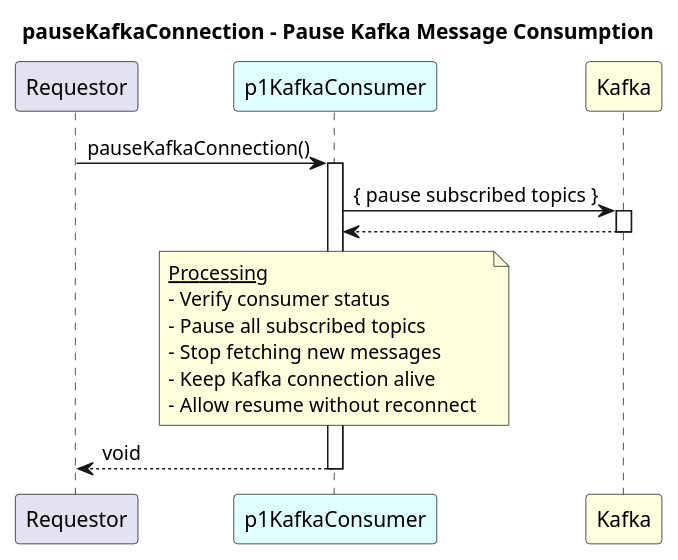
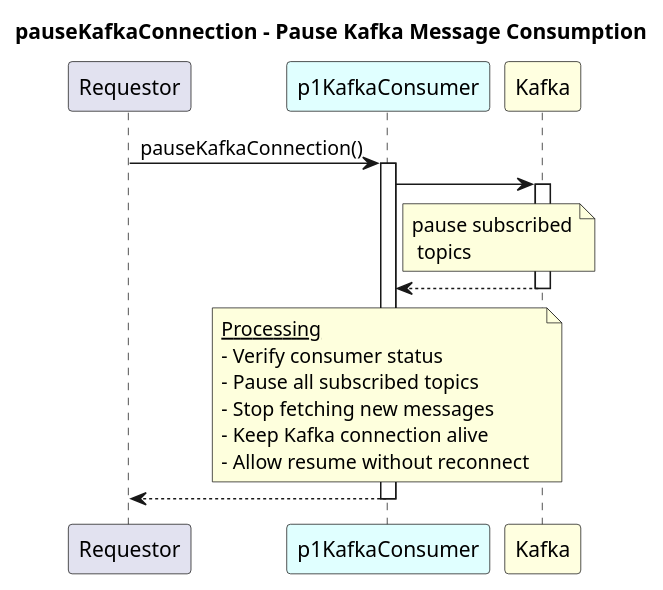
Before and after one commit to openBackhaul/ApplicationPattern: the diagram in spec/genericFunctions/applicationPattern/KafkaConsumerService/diagrams/pauseKafkaConnection.plantuml, drawn with PlantUML. The commit also changed 17 other files, not shown here.

Commit message:
minor updates in diagrams

```diff
--- a/spec/genericFunctions/applicationPattern/KafkaConsumerService/diagrams/pauseKafkaConnection.plantuml
+++ b/spec/genericFunctions/applicationPattern/KafkaConsumerService/diagrams/pauseKafkaConnection.plantuml
@@ -1,33 +1,38 @@
 @startuml pauseKafkaConnection
 skinparam responseMessageBelowArrow true
 
 title
 pauseKafkaConnection – Pause Kafka Message Consumption
 end title
 
 participant "Requestor" as requestor
 participant "p1KafkaConsumer" as pause #LightCyan
 participant "Kafka" as kafka #LightYellow
 
 requestor -> pause: pauseKafkaConnection()
 activate pause
 
-pause -> kafka:{ pause subscribed topics }
+pause -> kafka
 activate kafka
+
+note right of pause
+pause subscribed
+ topics
+end note
 
 kafka --> pause: 
 deactivate kafka
 
 note over pause
   <u>Processing</u>
   - Verify consumer status  
   - Pause all subscribed topics  
   - Stop fetching new messages  
   - Keep Kafka connection alive  
   - Allow resume without reconnect  
 end note
 
-pause --> requestor: void
+pause --> requestor
 deactivate pause
 
 @enduml
```
